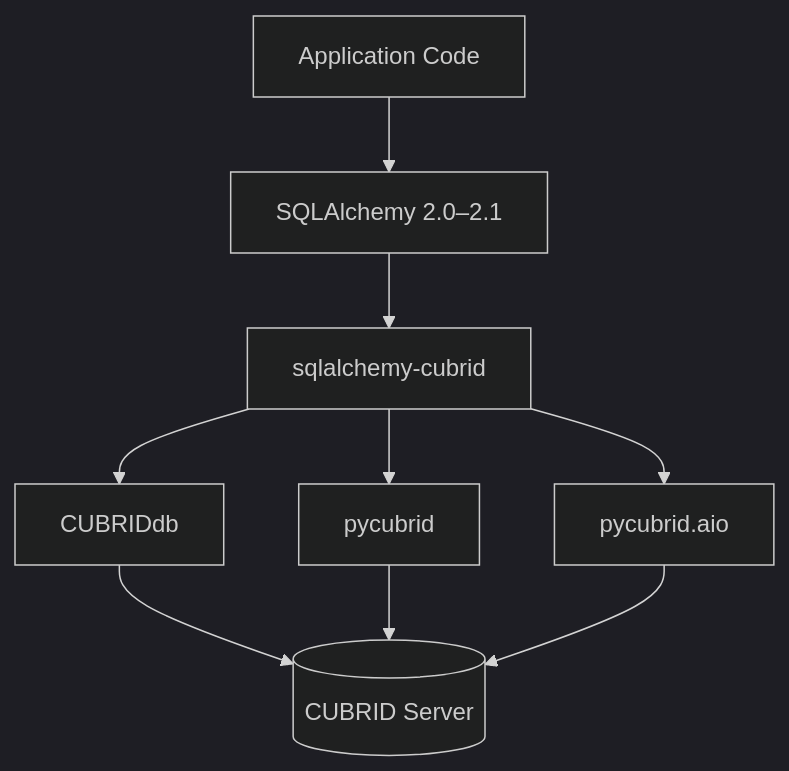
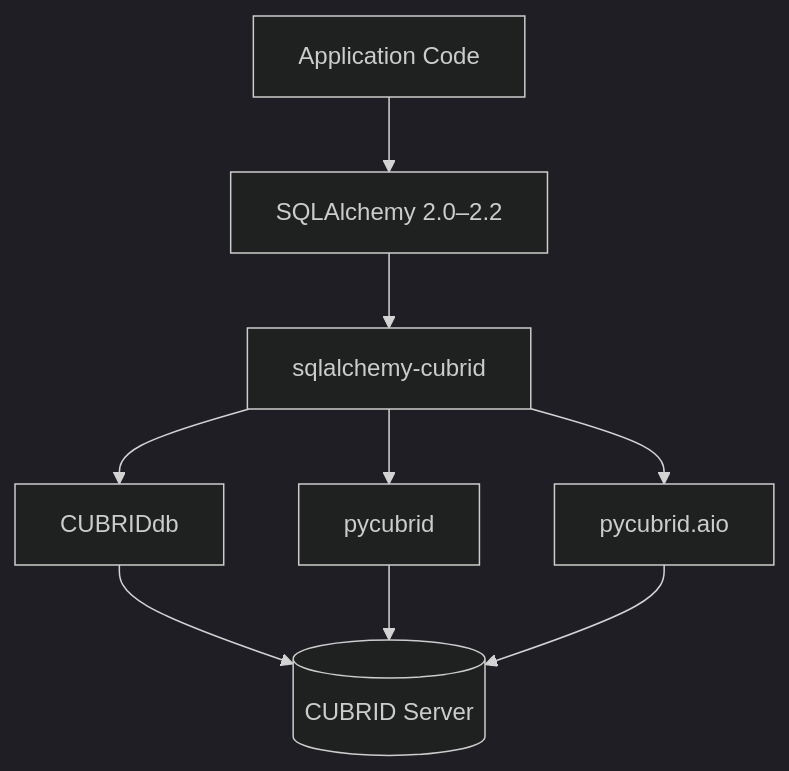
One commit to sqlalchemy-cubrid/sqlalchemy-cubrid changed the diagram in docs/QUICKSTART.md. Above: the diagram before and after it, drawn with Mermaid (dark theme). The commit also changed 21 other files, not shown here.

````diff
--- a/docs/QUICKSTART.md
+++ b/docs/QUICKSTART.md
@@ -55,11 +55,11 @@
 ```mermaid
 flowchart TD
-    app[Application Code] --> sa[SQLAlchemy 2.0–2.1]
+    app[Application Code] --> sa[SQLAlchemy 2.0–2.2]
     sa --> dialect[sqlalchemy-cubrid]
     dialect --> cext[CUBRIDdb]
     dialect --> pure[pycubrid]
     dialect --> aio[pycubrid.aio]
     cext --> db[(CUBRID Server)]
     pure --> db
     aio --> db
 ```
````
